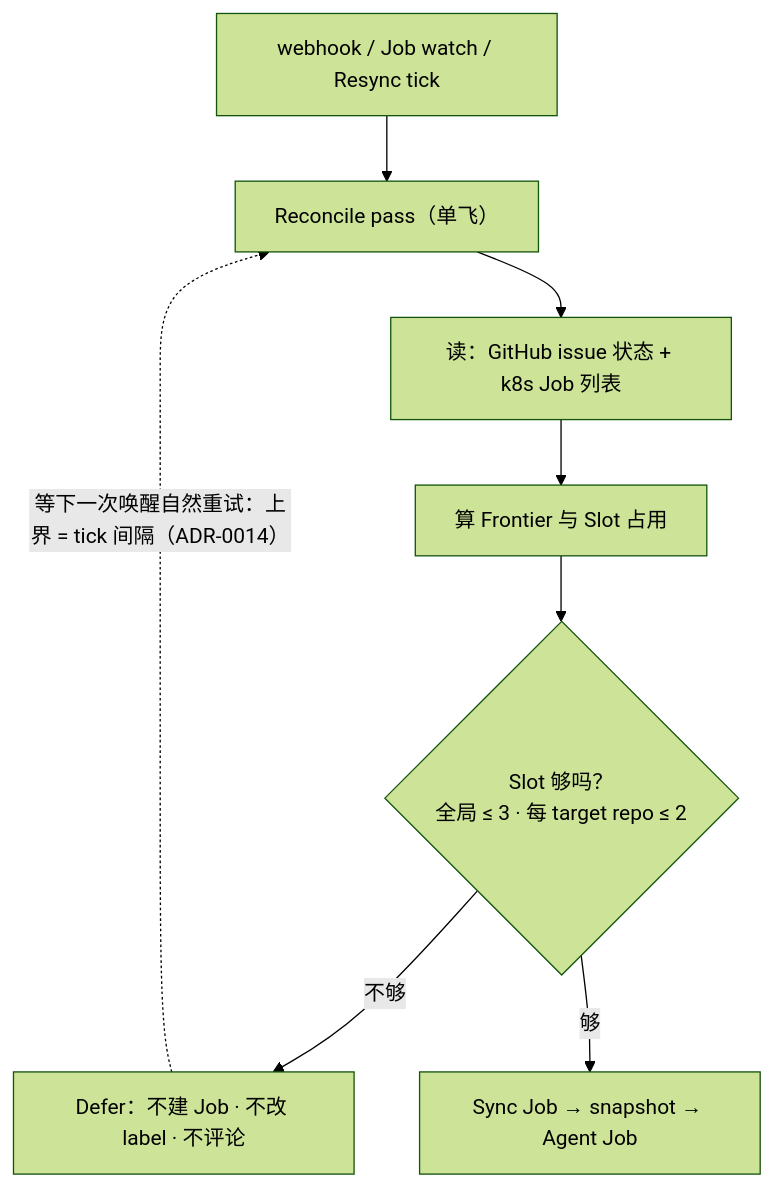
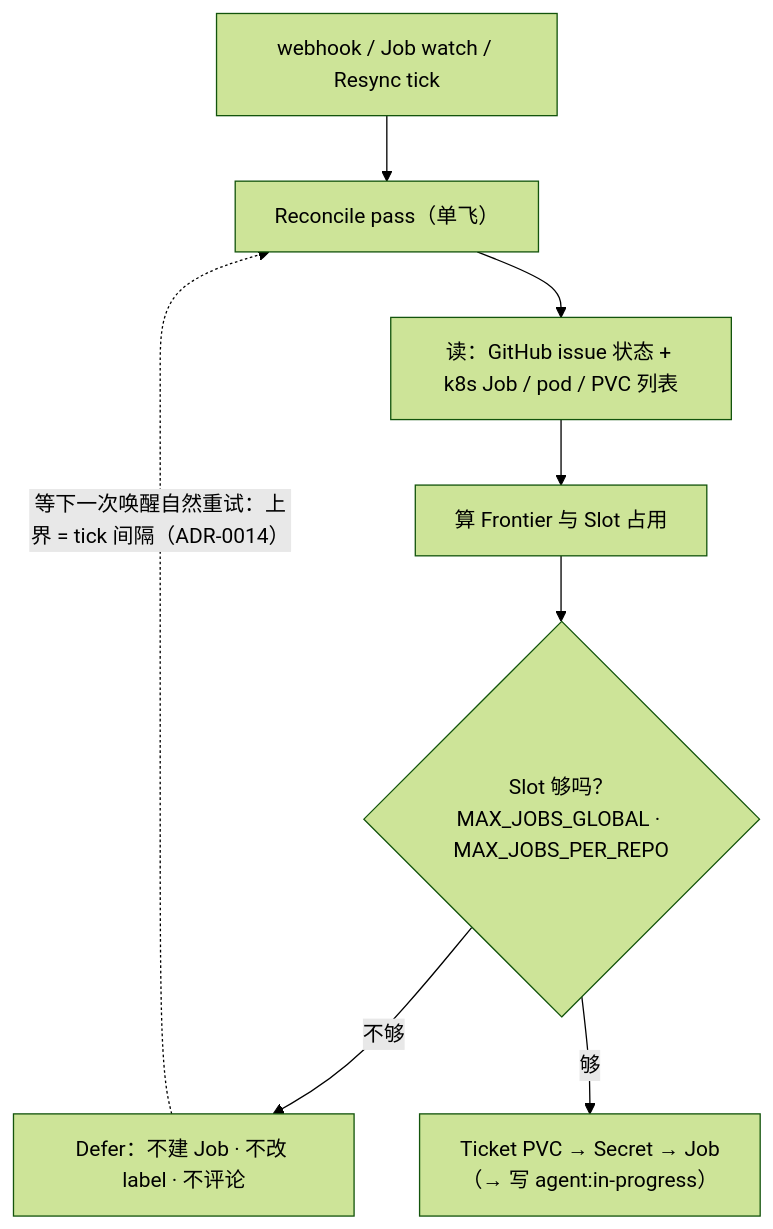
One commit to 2017fighting/remote-agent changed the sixth of 9 diagrams in docs/architecture.md. Above: the diagram before and after it, drawn with Mermaid (forest theme). The commit also changed other lines of this file and 151 other files, not shown here.

First line of the commit message:
remote-agent v1: App + Job image + CI (spec #33) (#44)

````diff
--- a/docs/architecture.md
+++ b/docs/architecture.md
@@ -248,10 +263,10 @@
 ```mermaid
 flowchart TD
     Trig["webhook / Job watch / Resync tick"] --> Recon["Reconcile pass（单飞）"]
-    Recon --> Read["读：GitHub issue 状态 + k8s Job 列表"]
+    Recon --> Read["读：GitHub issue 状态 + k8s Job / pod / PVC 列表"]
     Read --> Calc["算 Frontier 与 Slot 占用"]
-    Calc --> Check{"Slot 够吗？<br/>全局 ≤ 3 · 每 target repo ≤ 2"}
+    Calc --> Check{"Slot 够吗？<br/>MAX_JOBS_GLOBAL · MAX_JOBS_PER_REPO"}
     Check -->|"不够"| Defer["Defer：不建 Job · 不改 label · 不评论"]
-    Check -->|"够"| Act["Sync Job → snapshot → Agent Job"]
+    Check -->|"够"| Act["Ticket PVC → Secret → Job（→ 写 agent:in-progress）"]
     Defer -.->|"等下一次唤醒自然重试：上界 = tick 间隔（ADR-0014）"| Recon
 ```
````
